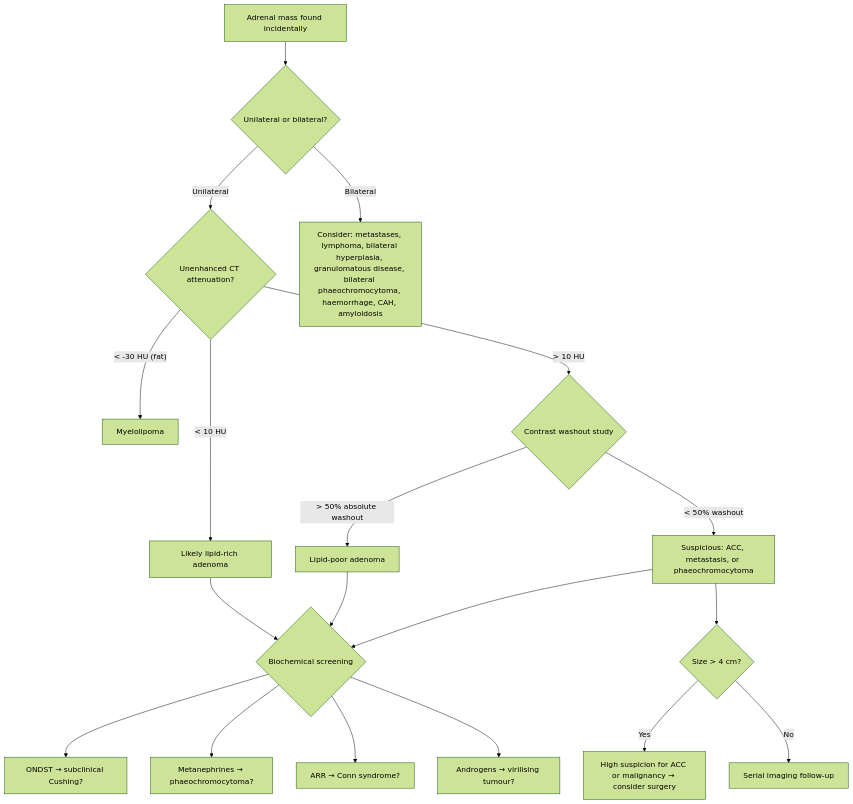
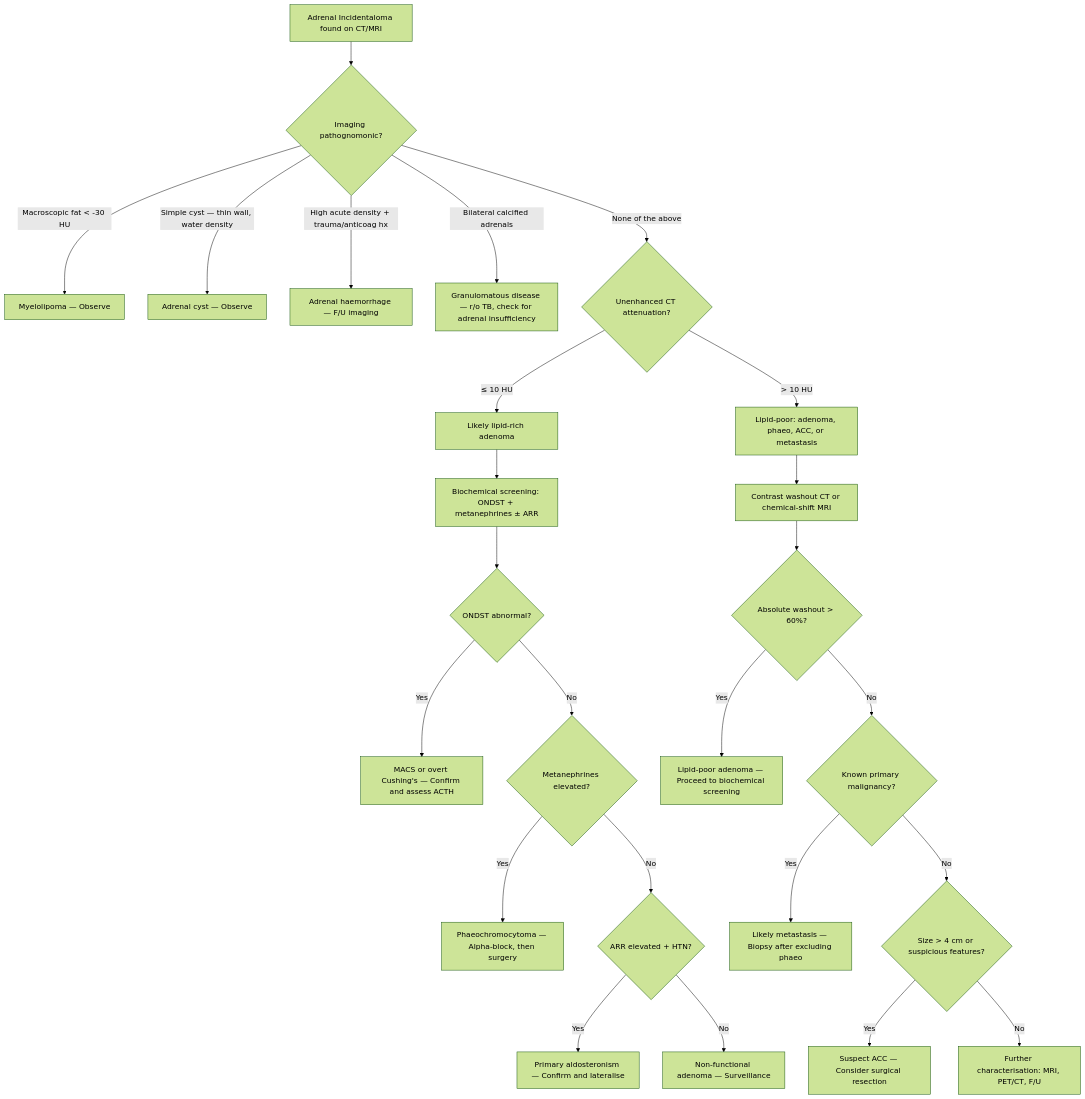
Before and after one commit to techjason/mbbspedia: the second of 2 diagrams in content/fragments/general-surgery/adrenal-incidentaloma/ddx.mdx, drawn with Mermaid (forest theme). The commit also changed other lines of this file and 96 other files, not shown here.

````diff
--- a/content/fragments/general-surgery/adrenal-incidentaloma/ddx.mdx
+++ b/content/fragments/general-surgery/adrenal-incidentaloma/ddx.mdx
@@ -201,27 +217,30 @@
 ```mermaid
-graph TD
-    A["Adrenal mass found incidentally"] --> B{"Unilateral or bilateral?"}
+flowchart TD
+    A["Adrenal Incidentaloma found on CT/MRI"] --> B{"Imaging pathognomonic?"}
+    B -- "Macroscopic fat < -30 HU" --> C["Myelolipoma — Observe"]
+    B -- "Simple cyst — thin wall, water density" --> D["Adrenal cyst — Observe"]
+    B -- "High acute density + trauma/anticoag hx" --> E["Adrenal haemorrhage — F/U imaging"]
+    B -- "Bilateral calcified adrenals" --> F["Granulomatous disease — r/o TB, check for adrenal insufficiency"]
+    B -- "None of the above" --> G{"Unenhanced CT attenuation?"}
     
-    B -->|Unilateral| C{"Unenhanced CT attenuation?"}
-    B -->|Bilateral| D["Consider: metastases, lymphoma, bilateral hyperplasia, granulomatous disease, bilateral phaeochromocytoma, haemorrhage, CAH, amyloidosis"]
+    G -- "≤ 10 HU" --> H["Likely lipid-rich adenoma"]
+    G -- "> 10 HU" --> I["Lipid-poor: adenoma, phaeo, ACC, or metastasis"]
     
-    C -->|"< 10 HU"| E["Likely lipid-rich adenoma"]
-    C -->|"< -30 HU (fat)"| F["Myelolipoma"]
-    C -->|"> 10 HU"| G{"Contrast washout study"}
+    H --> J["Biochemical screening: ONDST + metanephrines ± ARR"]
+    I --> K["Contrast washout CT or chemical-shift MRI"]
+    K --> L{"Absolute washout > 60%?"}
+    L -- Yes --> M["Lipid-poor adenoma — Proceed to biochemical screening"]
+    L -- No --> N{"Known primary malignancy?"}
+    N -- Yes --> O["Likely metastasis — Biopsy after excluding phaeo"]
+    N -- No --> P{"Size > 4 cm or suspicious features?"}
+    P -- Yes --> Q["Suspect ACC — Consider surgical resection"]
+    P -- No --> R["Further characterisation: MRI, PET/CT, F/U"]
     
-    G -->|"> 50% absolute washout"| H["Lipid-poor adenoma"]
-    G -->|"< 50% washout"| I["Suspicious: ACC, metastasis, or phaeochromocytoma"]
-    
-    E --> J{"Biochemical screening"}
-    H --> J
-    I --> J
-    
-    J --> K["ONDST → subclinical Cushing?"]
-    J --> L["Metanephrines → phaeochromocytoma?"]
-    J --> M["ARR → Conn syndrome?"]
-    J --> N["Androgens → virilising tumour?"]
-    
-    I --> O{"Size > 4 cm?"}
-    O -->|Yes| P["High suspicion for ACC or malignancy → consider surgery"]
-    O -->|No| Q["Serial imaging follow-up"]
+    J --> S{"ONDST abnormal?"}
+    S -- Yes --> T["MACS or overt Cushing's — Confirm and assess ACTH"]
+    S -- No --> U{"Metanephrines elevated?"}
+    U -- Yes --> V["Phaeochromocytoma — Alpha-block, then surgery"]
+    U -- No --> W{"ARR elevated + HTN?"}
+    W -- Yes --> X["Primary aldosteronism — Confirm and lateralise"]
+    W -- No --> Y["Non-functional adenoma — Surveillance"]
 ```
````
